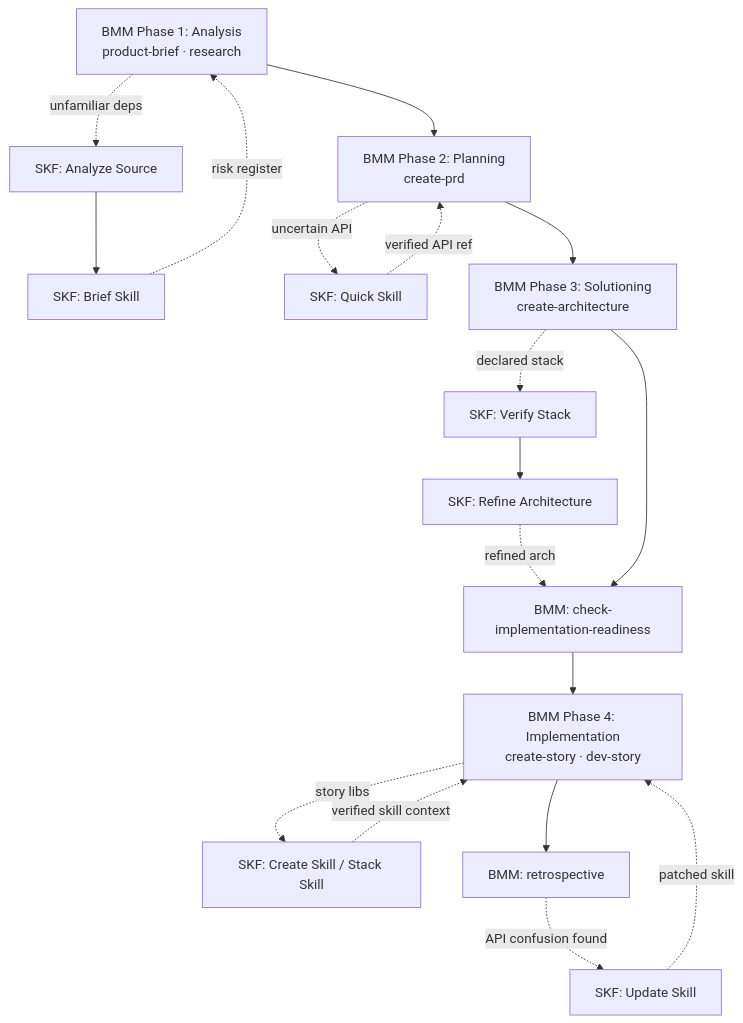
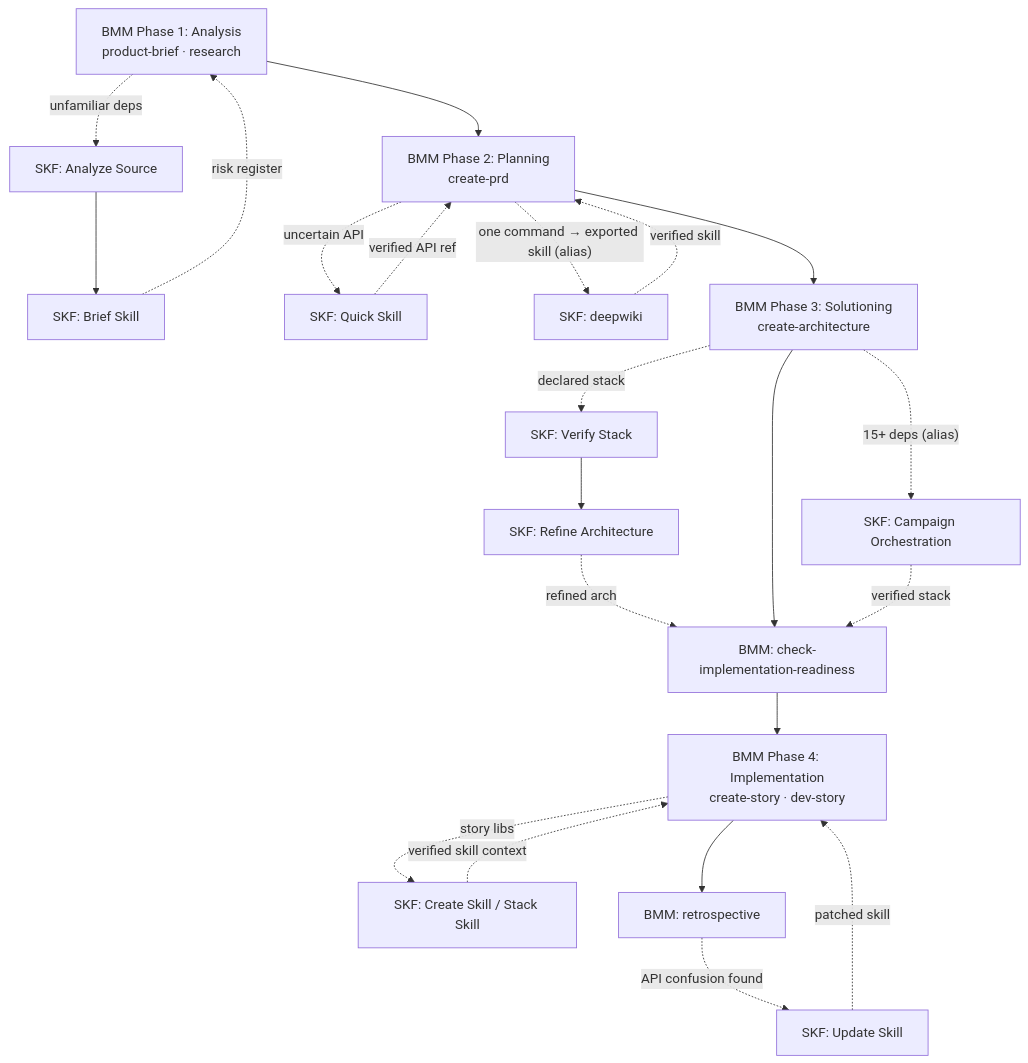
Before and after one commit to armelhbobdad/bmad-module-skill-forge: the first of 3 diagrams in docs/bmad-synergy.md, drawn with Mermaid. The commit also changed other lines of this file, not shown here.

First line of the commit message:
docs: weave deepwiki and campaign into the BMM synergy playbook

````diff
--- a/docs/bmad-synergy.md
+++ b/docs/bmad-synergy.md
@@ -48,24 +50,28 @@
 ```mermaid
 flowchart TD
     P1[BMM Phase 1: Analysis<br/>product-brief · research] -.->|unfamiliar deps| AN[SKF: Analyze Source]
     AN --> BS[SKF: Brief Skill]
     BS -.->|risk register| P1
 
     P1 --> P2[BMM Phase 2: Planning<br/>create-prd]
     P2 -.->|uncertain API| QS[SKF: Quick Skill]
     QS -.->|verified API ref| P2
+    P2 -.->|"one command → exported skill (alias)"| DW[SKF: deepwiki]
+    DW -.->|verified skill| P2
 
     P2 --> P3[BMM Phase 3: Solutioning<br/>create-architecture]
     P3 -.->|declared stack| VS[SKF: Verify Stack]
     VS --> RA[SKF: Refine Architecture]
     RA -.->|refined arch| P3b[BMM: check-implementation-readiness]
     P3 --> P3b
+    P3 -.->|"15+ deps (alias)"| CAMP[SKF: Campaign Orchestration]
+    CAMP -.->|verified stack| P3b
 
     P3b --> P4[BMM Phase 4: Implementation<br/>create-story · dev-story]
     P4 -.->|story libs| CS[SKF: Create Skill / Stack Skill]
     CS -.->|verified skill context| P4
 
     P4 --> RETRO[BMM: retrospective]
     RETRO -.->|API confusion found| US[SKF: Update Skill]
     US -.->|patched skill| P4
 ```
````
